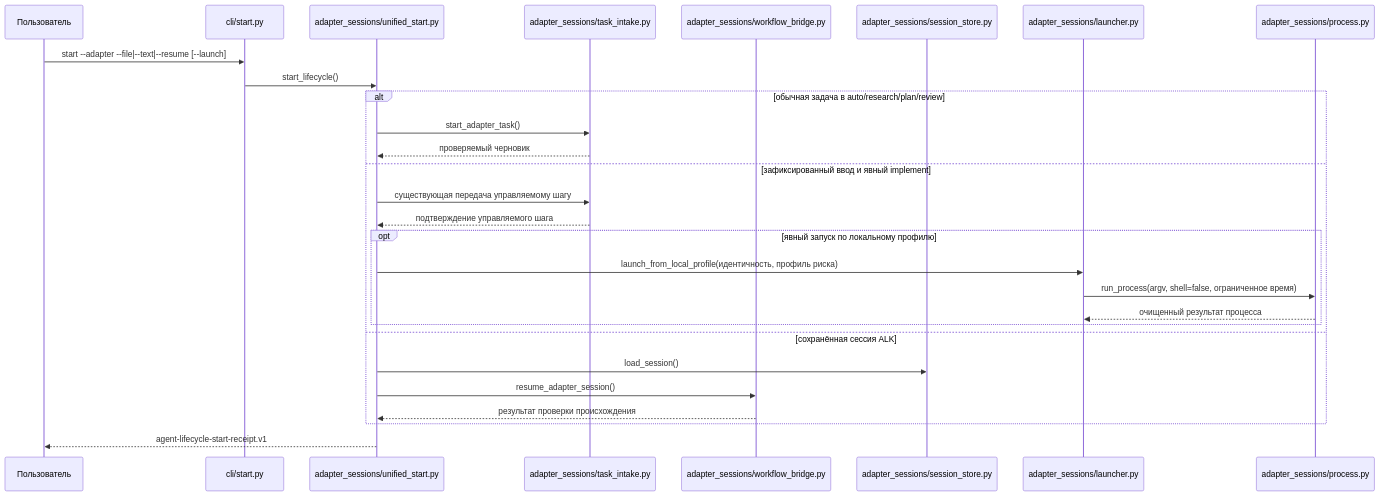
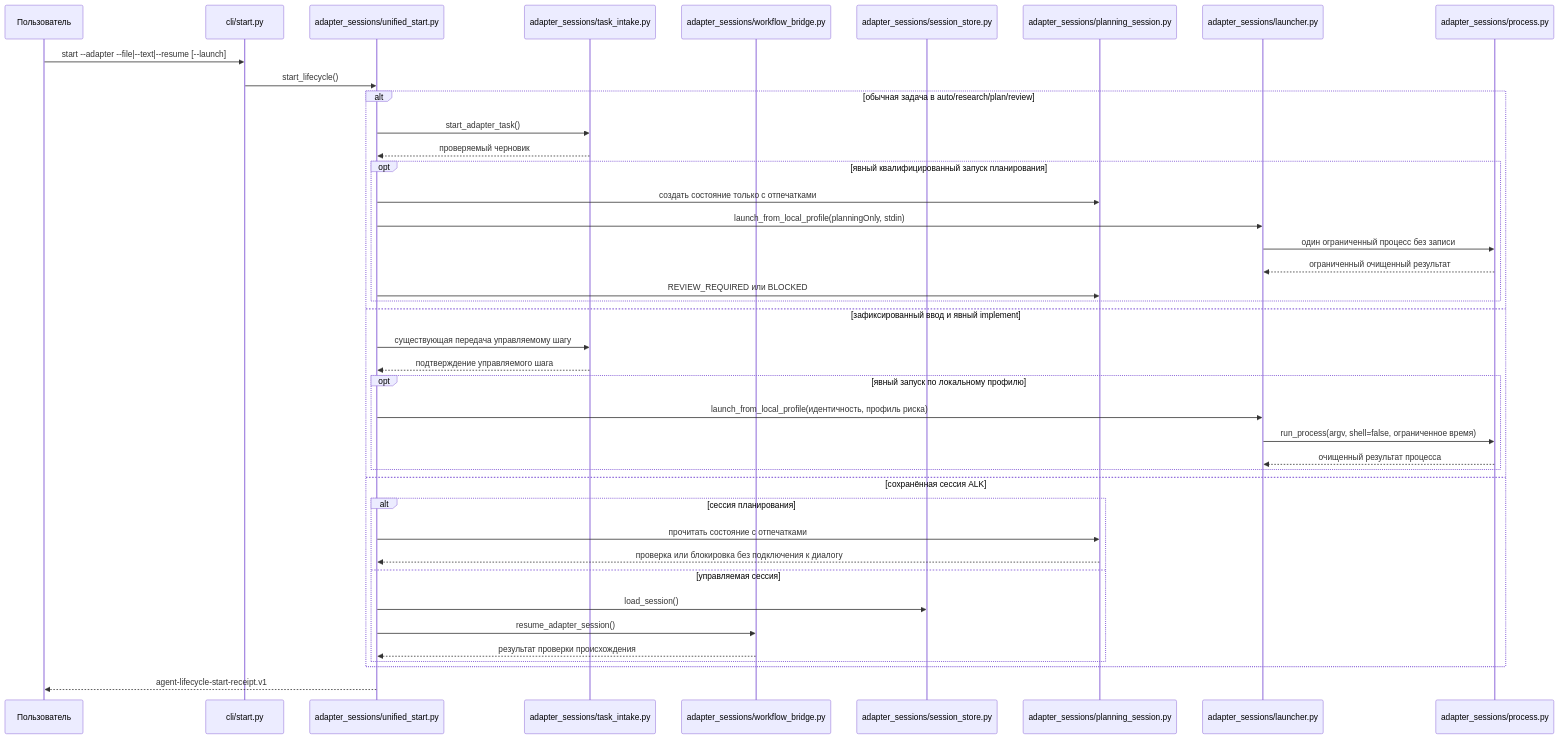
One commit to avksp/agent-lifecycle-kit changed the sixth of 14 diagrams in docs/ru/architecture/system-architecture.md. Above: the diagram before and after it, drawn with Mermaid. The commit also changed other lines of this file and 86 other files, not shown here.

Commit message:
feat(adapter): add planning-only lifecycle launch

````diff
--- a/docs/ru/architecture/system-architecture.md
+++ b/docs/ru/architecture/system-architecture.md
@@ -267,31 +267,44 @@
 ```mermaid
 sequenceDiagram
   participant User as Пользователь
   participant StartCLI as cli/start.py
   participant Start as adapter_sessions/unified_start.py
   participant Intake as adapter_sessions/task_intake.py
   participant Resume as adapter_sessions/workflow_bridge.py
   participant Store as adapter_sessions/session_store.py
+  participant PlanningStore as adapter_sessions/planning_session.py
   participant LocalLaunch as adapter_sessions/launcher.py
   participant Process as adapter_sessions/process.py
 
   User->>StartCLI: start --adapter --file|--text|--resume [--launch]
   StartCLI->>Start: start_lifecycle()
   alt обычная задача в auto/research/plan/review
     Start->>Intake: start_adapter_task()
     Intake-->>Start: проверяемый черновик
+    opt явный квалифицированный запуск планирования
+      Start->>PlanningStore: создать состояние только с отпечатками
+      Start->>LocalLaunch: launch_from_local_profile(planningOnly, stdin)
+      LocalLaunch->>Process: один ограниченный процесс без записи
+      Process-->>LocalLaunch: ограниченный очищенный результат
+      Start->>PlanningStore: REVIEW_REQUIRED или BLOCKED
+    end
   else зафиксированный ввод и явный implement
     Start->>Intake: существующая передача управляемому шагу
     Intake-->>Start: подтверждение управляемого шага
     opt явный запуск по локальному профилю
       Start->>LocalLaunch: launch_from_local_profile(идентичность, профиль риска)
       LocalLaunch->>Process: run_process(argv, shell=false, ограниченное время)
       Process-->>LocalLaunch: очищенный результат процесса
     end
   else сохранённая сессия ALK
-    Start->>Store: load_session()
-    Start->>Resume: resume_adapter_session()
-    Resume-->>Start: результат проверки происхождения
+    alt сессия планирования
+      Start->>PlanningStore: прочитать состояние с отпечатками
+      PlanningStore-->>Start: проверка или блокировка без подключения к диалогу
+    else управляемая сессия
+      Start->>Store: load_session()
+      Start->>Resume: resume_adapter_session()
+      Resume-->>Start: результат проверки происхождения
+    end
   end
   Start-->>User: agent-lifecycle-start-receipt.v1
 ```
````
